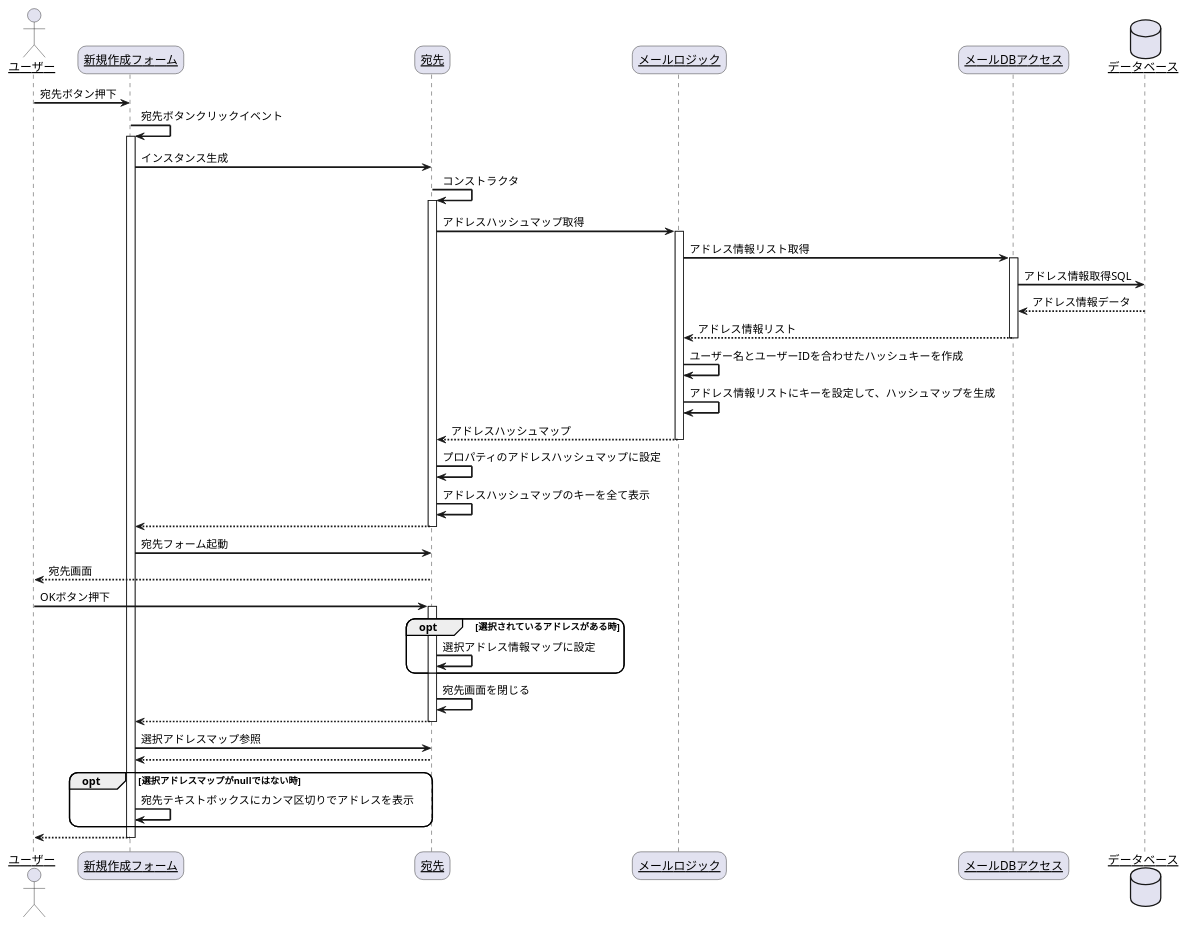
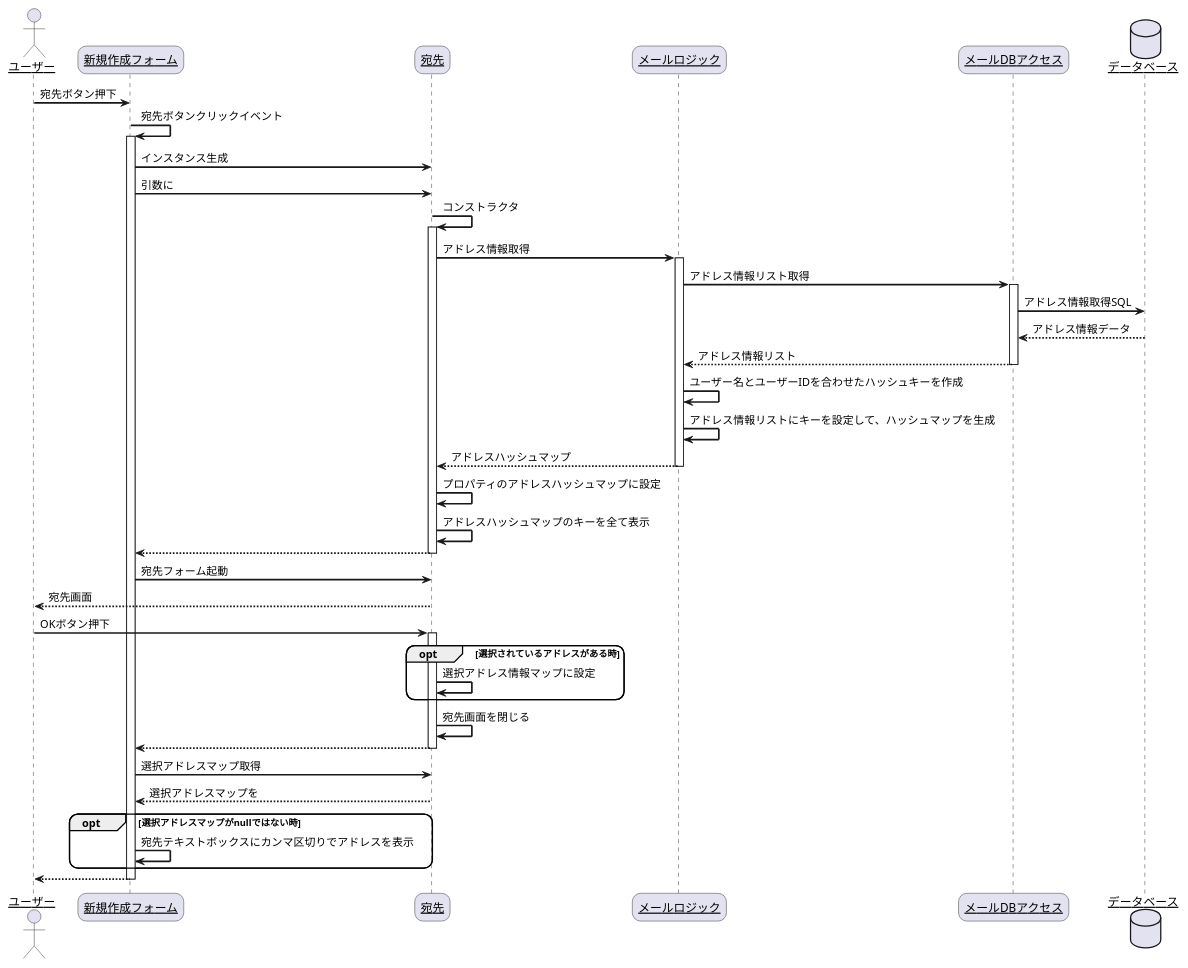
One commit to R-SAIKI/practiceUML changed the diagram in シーケンス図/メール/メール_宛先.pu. Above: the diagram before and after it, drawn with PlantUML. The commit also changed 2 other files, not shown here.

Commit message:
mail halfway

```diff
--- a/シーケンス図/メール/メール_宛先.pu
+++ b/シーケンス図/メール/メール_宛先.pu
@@ -1,55 +1,56 @@
 @startuml
 skinparam sequenceArrowThickness 2
 skinparam roundcorner 20
 skinparam maxmessagesize 60
 skinparam sequenceParticipant underline
 
 actor "ユーザー" as user
 participant "新規作成フォーム" as mail_create_form
 participant "宛先" as adress_form
 participant "メールロジック" as mail_logic
 participant "メールDBアクセス" as mail_data_acces
 database "データベース" as db
 
 user -> mail_create_form: 宛先ボタン押下
 mail_create_form -> mail_create_form: 宛先ボタンクリックイベント
 activate mail_create_form
 mail_create_form -> adress_form: インスタンス生成
+mail_create_form -> adress_form: 引数に
 adress_form -> adress_form: コンストラクタ
 activate adress_form
-adress_form -> mail_logic: アドレスハッシュマップ取得
+adress_form -> mail_logic: アドレス情報取得
 activate mail_logic
 mail_logic -> mail_data_acces: アドレス情報リスト取得
 activate mail_data_acces
 mail_data_acces -> db: アドレス情報取得SQL
 db --> mail_data_acces: アドレス情報データ
 mail_data_acces --> mail_logic: アドレス情報リスト
 deactivate mail_data_acces
 mail_logic -> mail_logic: ユーザー名とユーザーIDを合わせたハッシュキーを作成
 mail_logic -> mail_logic: アドレス情報リストにキーを設定して、ハッシュマップを生成
 mail_logic --> adress_form: アドレスハッシュマップ
 deactivate mail_logic
 adress_form -> adress_form: プロパティのアドレスハッシュマップに設定
 adress_form -> adress_form: アドレスハッシュマップのキーを全て表示
 adress_form --> mail_create_form: 
 deactivate adress_form
 mail_create_form -> adress_form: 宛先フォーム起動
 adress_form --> user: 宛先画面 
 
 user -> adress_form: OKボタン押下
 activate adress_form
 opt 選択されているアドレスがある時
     adress_form -> adress_form: 選択アドレス情報マップに設定
 end
 adress_form -> adress_form: 宛先画面を閉じる
 adress_form --> mail_create_form: 
 deactivate adress_form
-mail_create_form -> adress_form: 選択アドレスマップ参照
-adress_form --> mail_create_form: 
+mail_create_form -> adress_form: 選択アドレスマップ取得
+adress_form --> mail_create_form: 選択アドレスマップを
 opt 選択アドレスマップがnullではない時
     mail_create_form -> mail_create_form: 宛先テキストボックスにカンマ区切りでアドレスを表示
 end
 mail_create_form --> user: 
 deactivate mail_create_form
 
 @enduml
```
